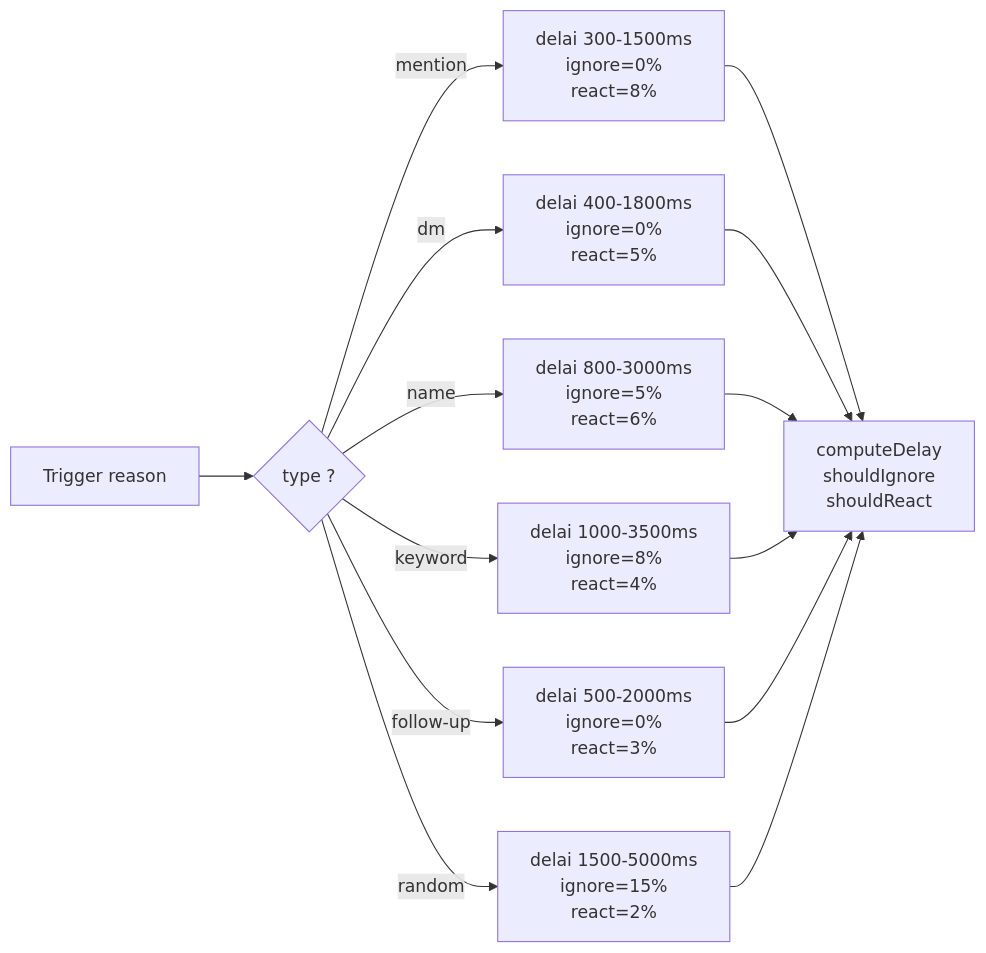
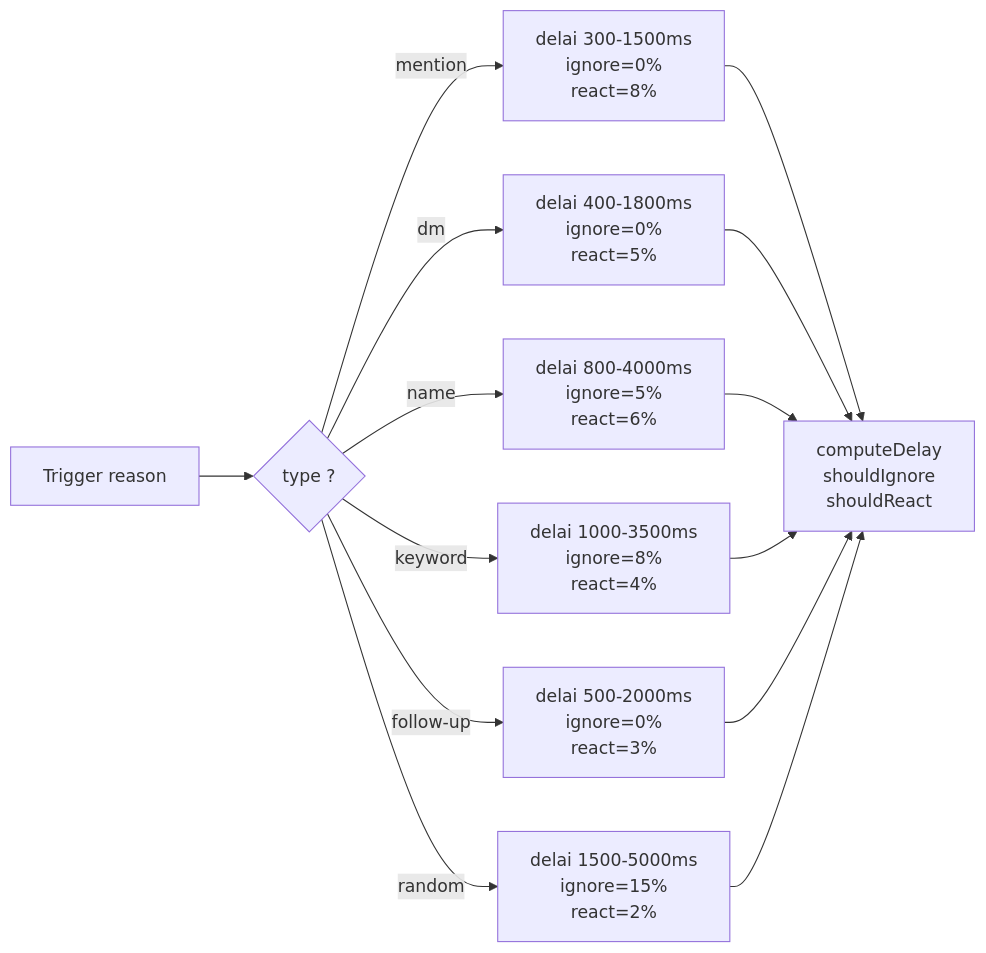
One commit to protocol-luna/krystal changed the fourth of 11 diagrams in README.md. Above: the diagram before and after it, drawn with Mermaid. The commit also changed other lines of this file and 3 other files, not shown here.

````diff
--- a/README.md
+++ b/README.md
@@ -228,11 +244,11 @@
 ```mermaid
 flowchart LR
     A[Trigger reason] --> B{type ?}
     B -- mention --> C["delai 300-1500ms\nignore=0%\nreact=8%"]
     B -- dm --> D["delai 400-1800ms\nignore=0%\nreact=5%"]
-    B -- name --> E["delai 800-3000ms\nignore=5%\nreact=6%"]
+    B -- name --> E["delai 800-4000ms\nignore=5%\nreact=6%"]
     B -- keyword --> F["delai 1000-3500ms\nignore=8%\nreact=4%"]
     B -- follow-up --> G["delai 500-2000ms\nignore=0%\nreact=3%"]
     B -- random --> H["delai 1500-5000ms\nignore=15%\nreact=2%"]
     C & D & E & F & G & H --> I[computeDelay\nshouldIgnore\nshouldReact]
 ```
````
